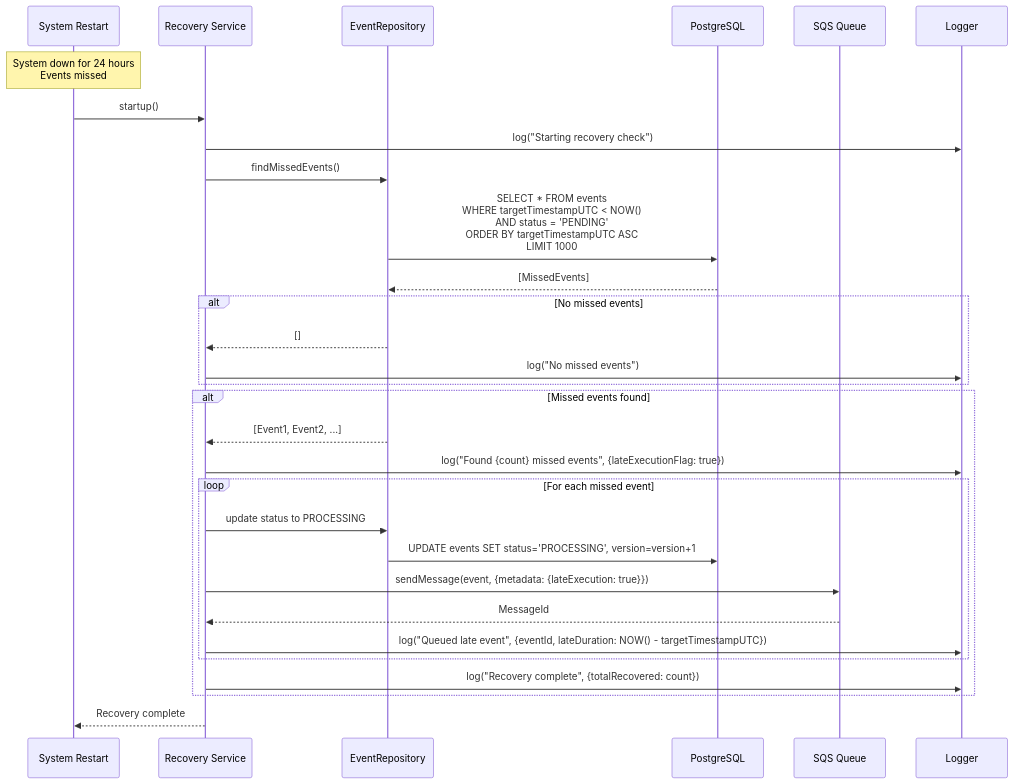
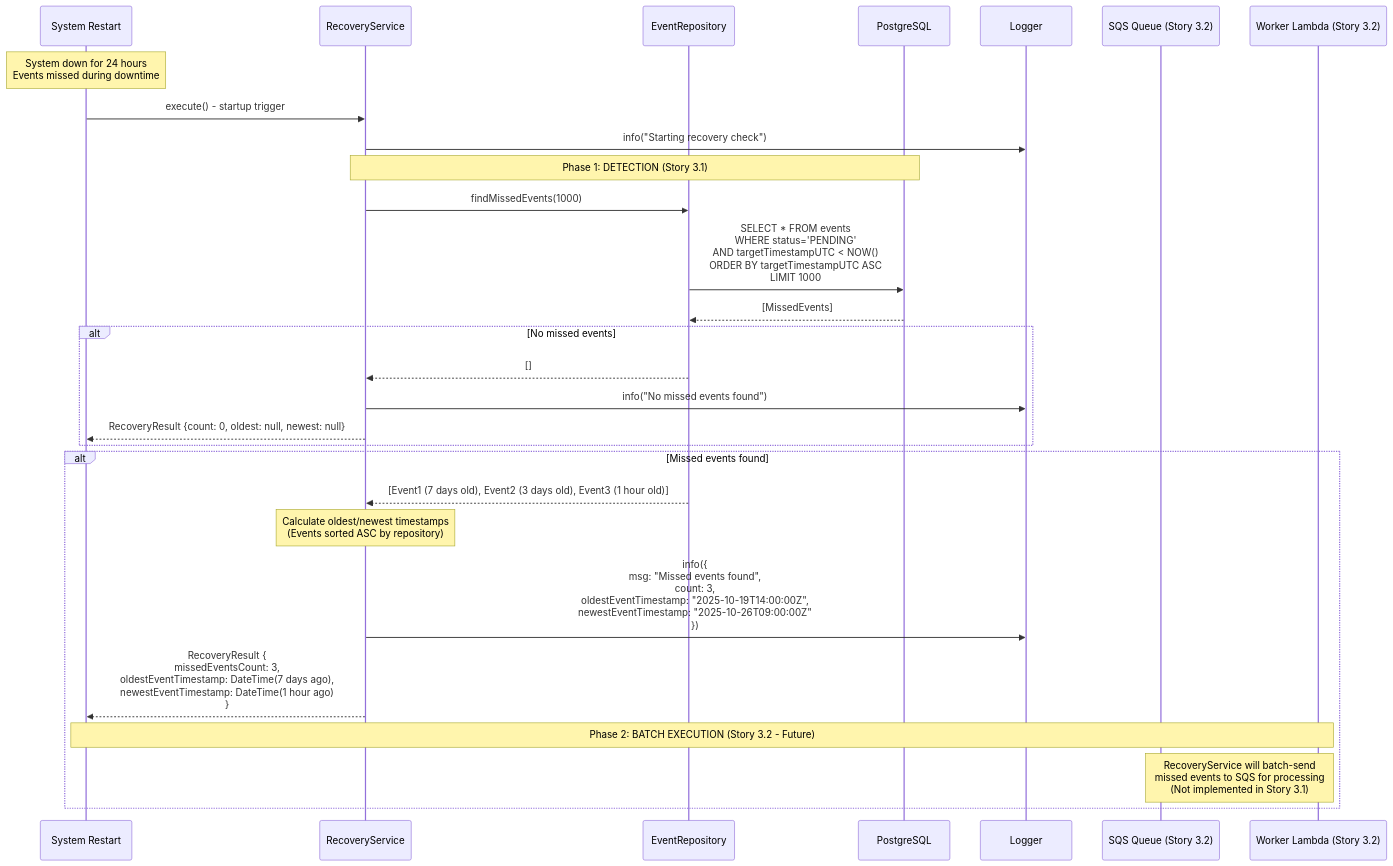
One commit to pradok/events-scheduler changed the fourth of 5 diagrams in docs/architecture/workflows.md. Above: the diagram before and after it, drawn with Mermaid. The commit also changed other lines of this file and 22 other files, not shown here.

First line of the commit message:
Refactor RecoveryService to domain/services and update workflows

````diff
--- a/docs/architecture/workflows.md
+++ b/docs/architecture/workflows.md
@@ -226,41 +285,38 @@
 ```mermaid
 sequenceDiagram
     participant System as System Restart
-    participant RecoveryService as Recovery Service
+    participant RecoveryService as RecoveryService
     participant EventRepo as EventRepository
     participant DB as PostgreSQL
-    participant SQS as SQS Queue
     participant Logger as Logger
+    participant SQS as SQS Queue (Story 3.2)
+    participant Worker as Worker Lambda (Story 3.2)
 
-    Note over System: System down for 24 hours<br/>Events missed
+    Note over System: System down for 24 hours<br/>Events missed during downtime
 
-    System->>RecoveryService: startup()
-    RecoveryService->>Logger: log("Starting recovery check")
+    System->>RecoveryService: execute() - startup trigger
+    RecoveryService->>Logger: info("Starting recovery check")
 
-    RecoveryService->>EventRepo: findMissedEvents()
-    EventRepo->>DB: SELECT * FROM events<br/>WHERE targetTimestampUTC < NOW()<br/>AND status = 'PENDING'<br/>ORDER BY targetTimestampUTC ASC<br/>LIMIT 1000
+    Note over RecoveryService,DB: Phase 1: DETECTION (Story 3.1)
+    RecoveryService->>EventRepo: findMissedEvents(1000)
+    EventRepo->>DB: SELECT * FROM events<br/>WHERE status='PENDING'<br/>AND targetTimestampUTC < NOW()<br/>ORDER BY targetTimestampUTC ASC<br/>LIMIT 1000
     DB-->>EventRepo: [MissedEvents]
 
     alt No missed events
         EventRepo-->>RecoveryService: []
-        RecoveryService->>Logger: log("No missed events")
+        RecoveryService->>Logger: info("No missed events found")
+        RecoveryService-->>System: RecoveryResult {count: 0, oldest: null, newest: null}
     end
 
     alt Missed events found
-        EventRepo-->>RecoveryService: [Event1, Event2, ...]
-        RecoveryService->>Logger: log("Found {count} missed events", {lateExecutionFlag: true})
+        EventRepo-->>RecoveryService: [Event1 (7 days old), Event2 (3 days old), Event3 (1 hour old)]
 
-        loop For each missed event
-            RecoveryService->>EventRepo: update status to PROCESSING
-            EventRepo->>DB: UPDATE events SET status='PROCESSING', version=version+1
+        Note over RecoveryService: Calculate oldest/newest timestamps<br/>(Events sorted ASC by repository)
+        RecoveryService->>Logger: info({<br/>  msg: "Missed events found",<br/>  count: 3,<br/>  oldestEventTimestamp: "2025-10-19T14:00:00Z",<br/>  newestEventTimestamp: "2025-10-26T09:00:00Z"<br/>})
 
-            RecoveryService->>SQS: sendMessage(event, {metadata: {lateExecution: true}})
-            SQS-->>RecoveryService: MessageId
-            RecoveryService->>Logger: log("Queued late event", {eventId, lateDuration: NOW() - targetTimestampUTC})
-        end
+        RecoveryService-->>System: RecoveryResult {<br/>  missedEventsCount: 3,<br/>  oldestEventTimestamp: DateTime(7 days ago),<br/>  newestEventTimestamp: DateTime(1 hour ago)<br/>}
 
-        RecoveryService->>Logger: log("Recovery complete", {totalRecovered: count})
+        Note over System,Worker: Phase 2: BATCH EXECUTION (Story 3.2 - Future)
+        Note over SQS,Worker: RecoveryService will batch-send<br/>missed events to SQS for processing<br/>(Not implemented in Story 3.1)
     end
-
-    RecoveryService-->>System: Recovery complete
 ```
````
